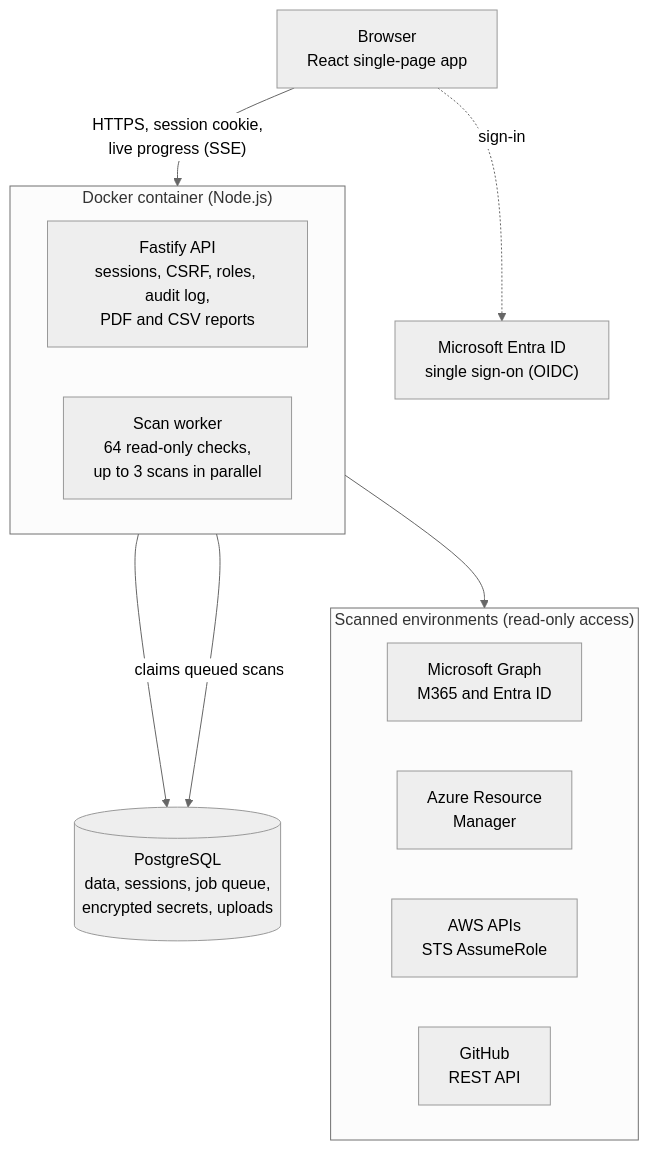
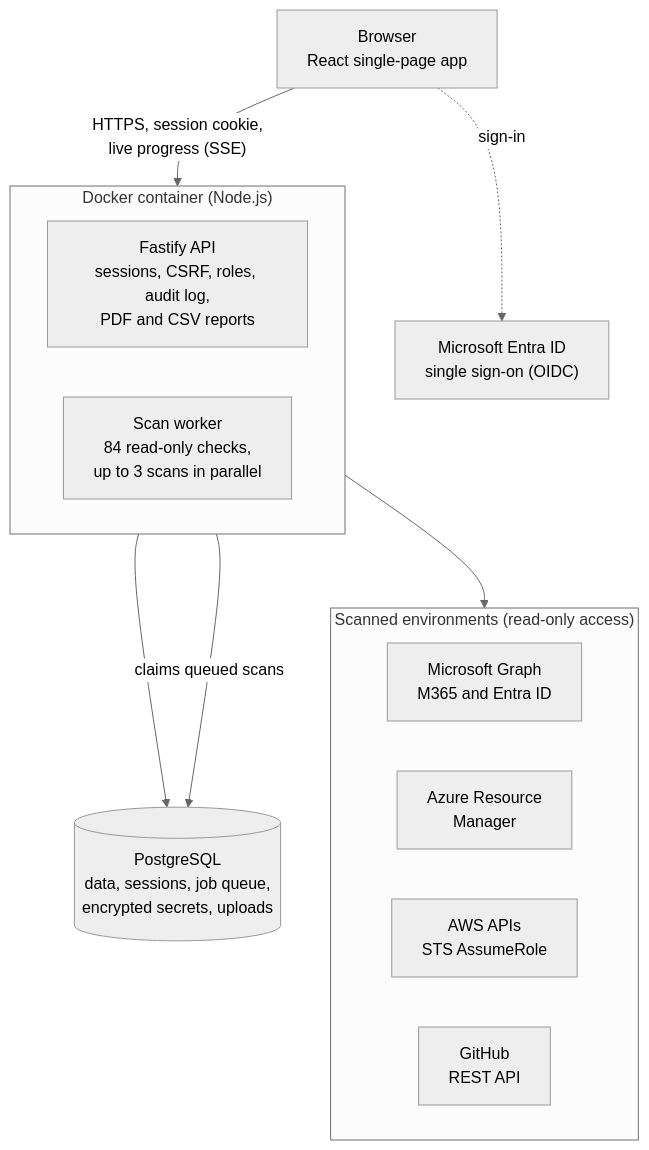
The diagram in README.md (yopazerbot/security-quickscan), drawn with Mermaid (neutral theme) before and after one commit. The commit also changed other lines of this file and 3 other files, not shown here.

````diff
--- a/README.md
+++ b/README.md
@@ -242,23 +255,23 @@
 ```mermaid
 flowchart TB
   SPA["Browser<br/>React single-page app"]
   IDP["Microsoft Entra ID<br/>single sign-on (OIDC)"]
   subgraph Container["Docker container (Node.js)"]
     direction LR
     API["Fastify API<br/>sessions, CSRF, roles, audit log,<br/>PDF and CSV reports"]
-    WRK["Scan worker<br/>64 read-only checks,<br/>up to 3 scans in parallel"]
+    WRK["Scan worker<br/>84 read-only checks,<br/>up to 3 scans in parallel"]
   end
   DB[("PostgreSQL<br/>data, sessions, job queue,<br/>encrypted secrets, uploads")]
   subgraph Scanned["Scanned environments (read-only access)"]
     direction LR
     GRAPH["Microsoft Graph<br/>M365 and Entra ID"]
     ARM["Azure Resource<br/>Manager"]
     AWS["AWS APIs<br/>STS AssumeRole"]
     GH["GitHub<br/>REST API"]
   end
   SPA -- "HTTPS, session cookie,<br/>live progress (SSE)" --> API
   SPA -. "sign-in" .-> IDP
   API --> DB
   WRK -- "claims queued scans" --> DB
   WRK --> Scanned
 ```
````
